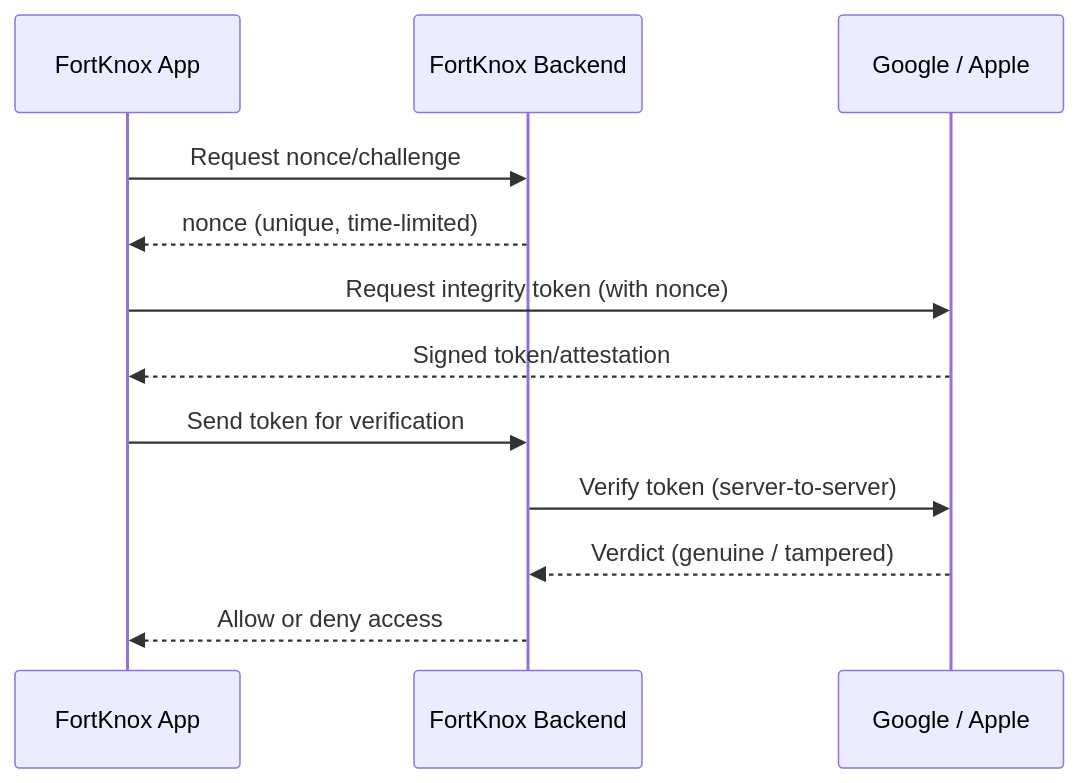
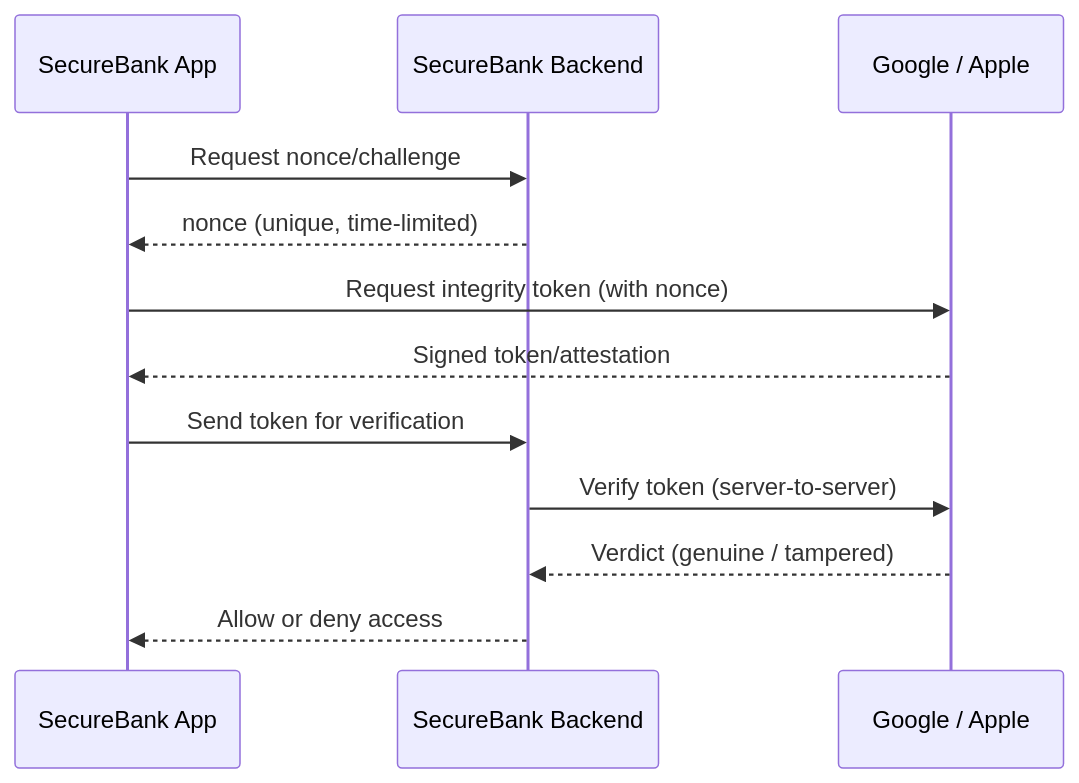
The diagram in docs-site/docs/chapters/11-deployment/11-deployment-2.mdx (team360r/SecureBank), drawn with Mermaid before and after one commit. The commit also changed other lines of this file and 37 other files, not shown here.

First line of the commit message:
refactor: rename project from FortKnox to SecureBank

````diff
--- a/docs-site/docs/chapters/11-deployment/11-deployment-2.mdx
+++ b/docs-site/docs/chapters/11-deployment/11-deployment-2.mdx
@@ -305,15 +305,15 @@
 ```mermaid
 sequenceDiagram
-    participant App as FortKnox App
-    participant Backend as FortKnox Backend
+    participant App as SecureBank App
+    participant Backend as SecureBank Backend
     participant Google as Google / Apple
 
     App->>Backend: Request nonce/challenge
     Backend-->>App: nonce (unique, time-limited)
     App->>Google: Request integrity token (with nonce)
     Google-->>App: Signed token/attestation
     App->>Backend: Send token for verification
     Backend->>Google: Verify token (server-to-server)
     Google-->>Backend: Verdict (genuine / tampered)
     Backend-->>App: Allow or deny access
 ```
````
